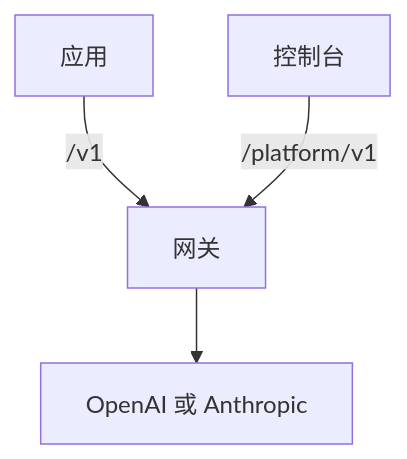
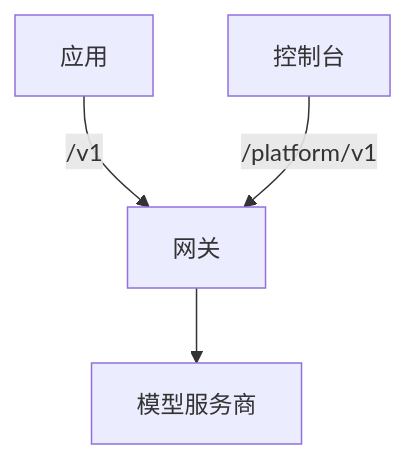
Before and after one commit to logicplanes/kaeso: the diagram in apps/docs/content/zh-CN/index.md, drawn with Mermaid. The commit also changed other lines of this file and 119 other files, not shown here.

````diff
--- a/apps/docs/content/zh-CN/index.md
+++ b/apps/docs/content/zh-CN/index.md
@@ -49,8 +49,8 @@
 ```mermaid
 flowchart TD
   accTitle: 各部分如何配合
-  accDescr: 应用通过 /v1 调用网关，控制台通过 /platform/v1 调用网关；网关调用 OpenAI 或 Anthropic。
+  accDescr: 应用通过 /v1 调用网关，控制台通过 /platform/v1 调用网关；网关调用模型服务商。
   apps[应用] -- /v1 --> gateway[网关]
   console[控制台] -- /platform/v1 --> gateway
-  gateway --> providers[OpenAI 或 Anthropic]
+  gateway --> providers[模型服务商]
 ```
````
